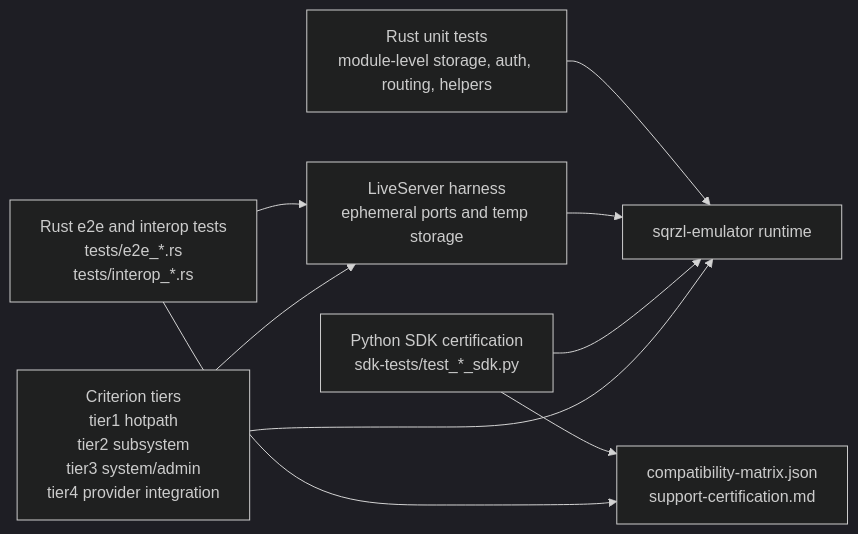
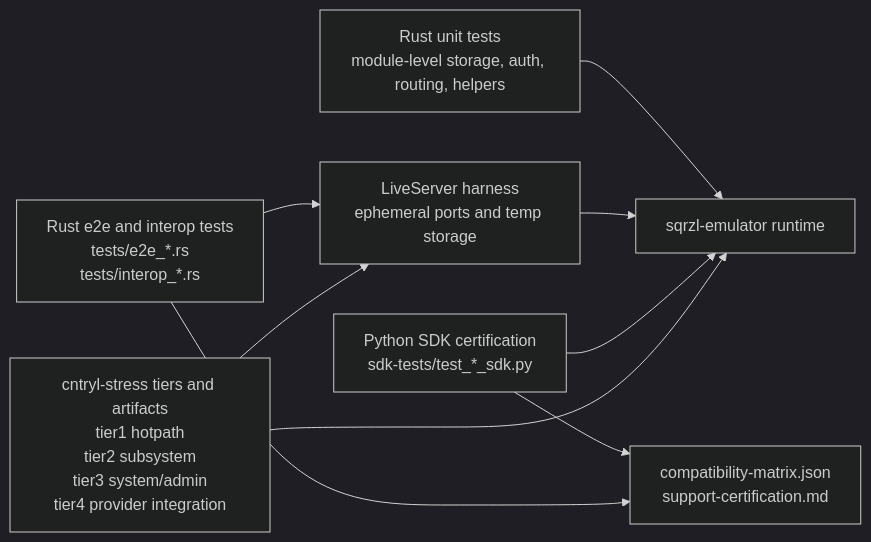
Before and after one commit to sqrzl/sqrzl-emulator: diagram 11 of 11 in docs/architecture.md, drawn with Mermaid (dark theme). The commit also changed 26 other files, not shown here.

Commit message:
Migrate benches to cntryl-stress

````diff
--- a/docs/architecture.md
+++ b/docs/architecture.md
@@ -381,18 +381,18 @@
 ```mermaid
 flowchart LR
     Unit["Rust unit tests<br/>module-level storage, auth, routing, helpers"]
     E2E["Rust e2e and interop tests<br/>tests/e2e_*.rs<br/>tests/interop_*.rs"]
     SDK["Python SDK certification<br/>sdk-tests/test_*_sdk.py"]
-    Benches["Criterion tiers<br/>tier1 hotpath<br/>tier2 subsystem<br/>tier3 system/admin<br/>tier4 provider integration"]
+    Benches["cntryl-stress tiers and artifacts<br/>tier1 hotpath<br/>tier2 subsystem<br/>tier3 system/admin<br/>tier4 provider integration"]
     LiveServer["LiveServer harness<br/>ephemeral ports and temp storage"]
     Emulator["sqrzl-emulator runtime"]
     Matrix["compatibility-matrix.json<br/>support-certification.md"]
 
     Unit --> Emulator
     E2E --> LiveServer --> Emulator
     SDK --> Emulator
     Benches --> LiveServer
     Benches --> Emulator
     SDK --> Matrix
     E2E --> Matrix
 ```
````
